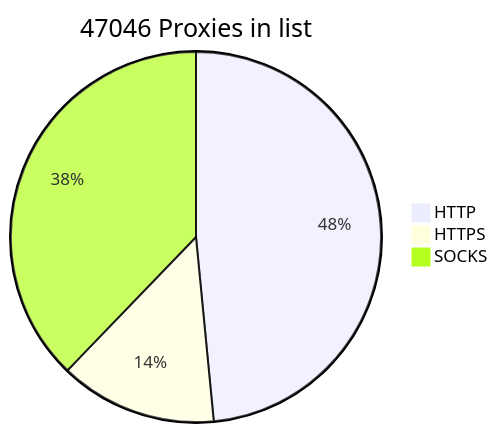
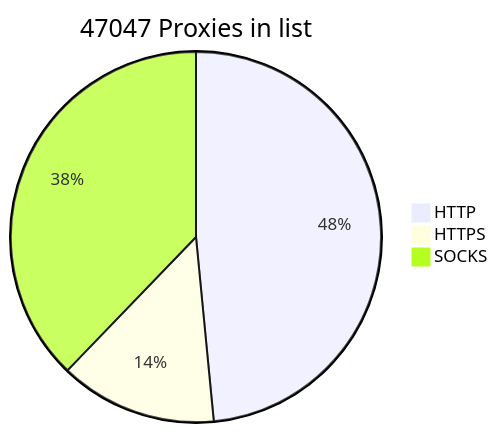
Before and after one commit to BlackSnowDot/proxylist-update-every-minute: the diagram in README.md, drawn with Mermaid.

````diff
--- a/README.md
+++ b/README.md
@@ -2,6 +2,6 @@
 ```mermaid
-pie title 47046 Proxies in list
+pie title 47047 Proxies in list
     "HTTP" : 25441
-    "HTTPS": 7211
+    "HTTPS": 7212
     "SOCKS" : 19839
 ```
````
